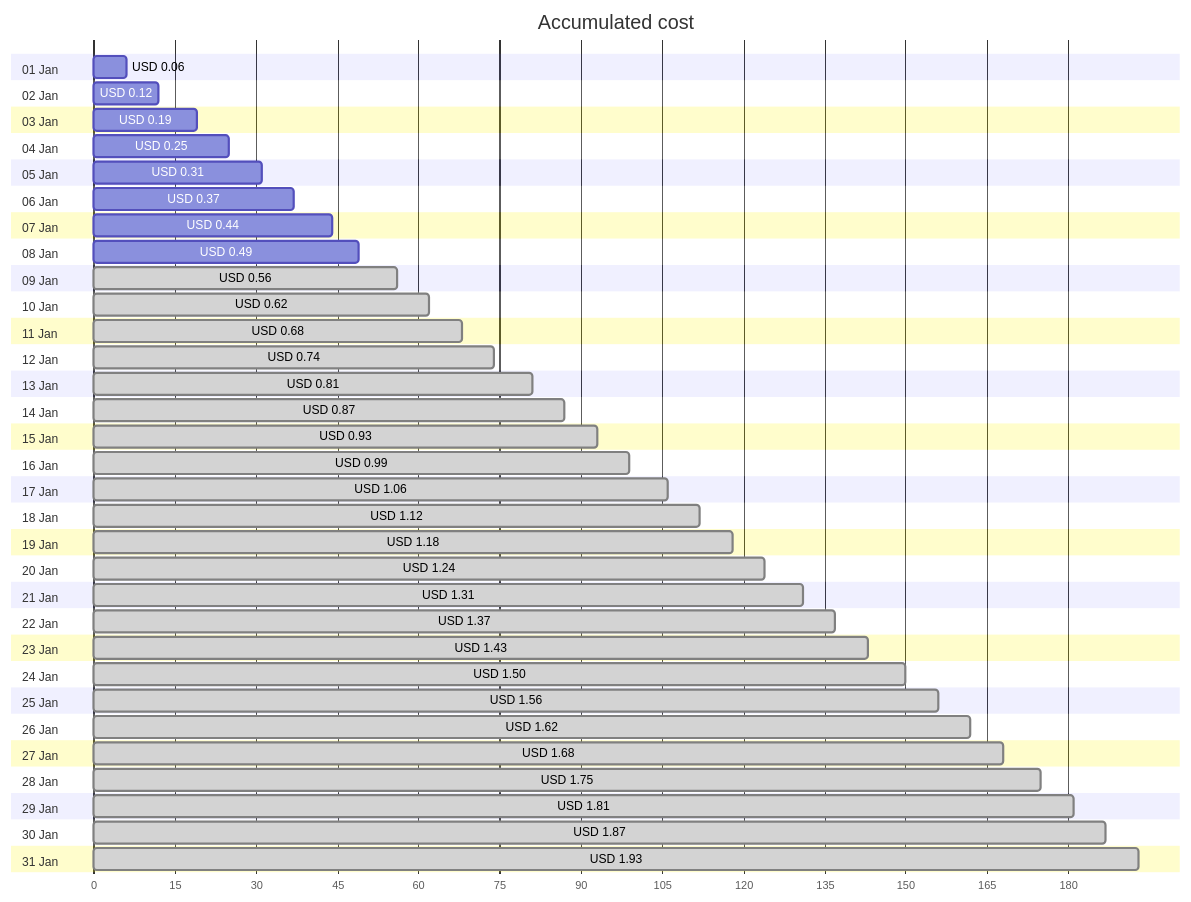
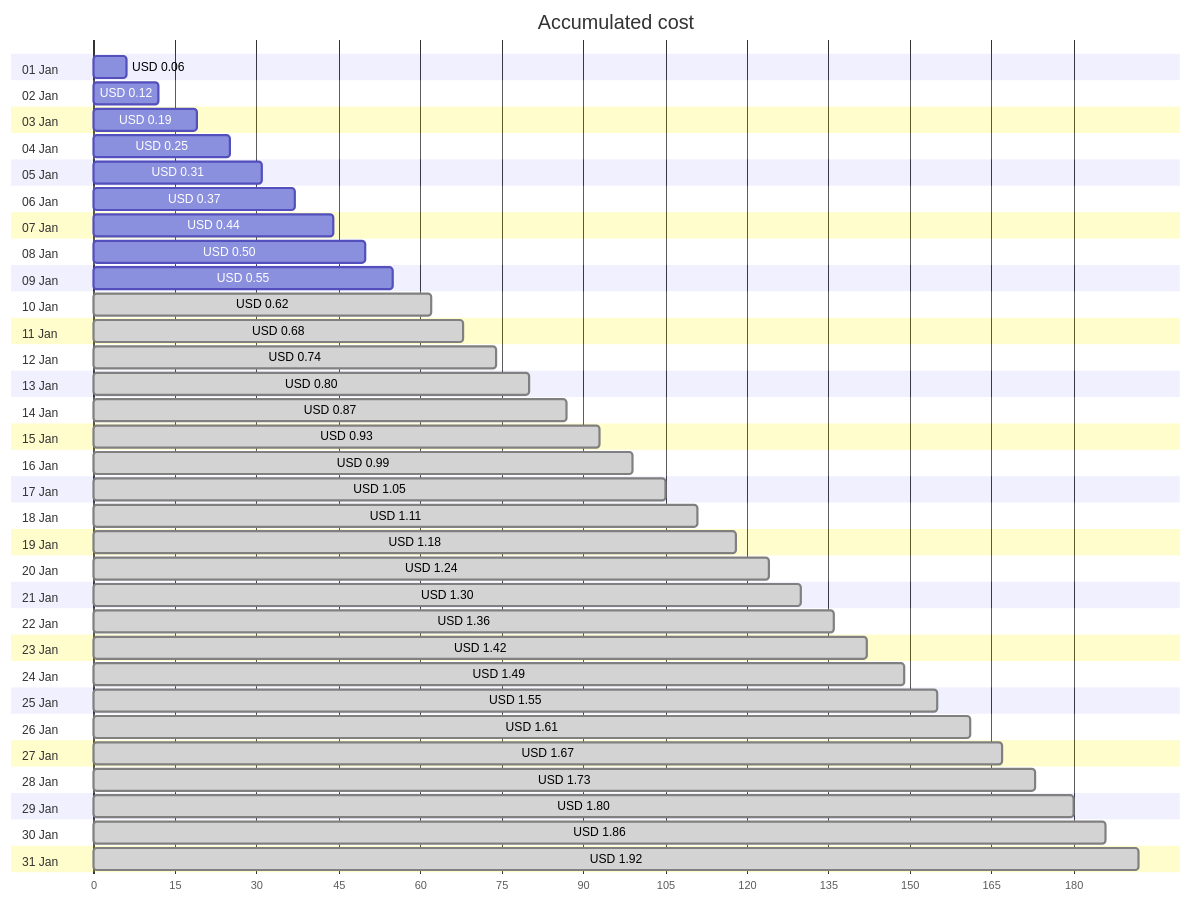
One commit to jpfulton/azure-personal-reports changed the first of 4 diagrams in cost-reports/personal-network/vpn-server_OsDisk.md. Above: the diagram before and after it, drawn with Mermaid. The commit also changed other lines of this file and 8 other files, not shown here.

````diff
--- a/cost-reports/personal-network/vpn-server_OsDisk.md
+++ b/cost-reports/personal-network/vpn-server_OsDisk.md
@@ -20,68 +20,68 @@
 ```mermaid
 gantt
    title Accumulated cost
    dateFormat  X
    axisFormat %s
    section 01 Jan
    USD 0.06 :0, 6
    section 02 Jan
    USD 0.12 :0, 12
    section 03 Jan
    USD 0.19 :0, 19
    section 04 Jan
    USD 0.25 :0, 25
    section 05 Jan
    USD 0.31 :0, 31
    section 06 Jan
    USD 0.37 :0, 37
    section 07 Jan
    USD 0.44 :0, 44
    section 08 Jan
-   USD 0.49 :0, 49
+   USD 0.50 :0, 50
    section 09 Jan
-   USD 0.56 : done, 0, 56
+   USD 0.55 :0, 55
    section 10 Jan
    USD 0.62 : done, 0, 62
    section 11 Jan
    USD 0.68 : done, 0, 68
    section 12 Jan
    USD 0.74 : done, 0, 74
    section 13 Jan
-   USD 0.81 : done, 0, 81
+   USD 0.80 : done, 0, 80
    section 14 Jan
    USD 0.87 : done, 0, 87
    section 15 Jan
    USD 0.93 : done, 0, 93
    section 16 Jan
    USD 0.99 : done, 0, 99
    section 17 Jan
-   USD 1.06 : done, 0, 106
+   USD 1.05 : done, 0, 105
    section 18 Jan
-   USD 1.12 : done, 0, 112
+   USD 1.11 : done, 0, 111
    section 19 Jan
    USD 1.18 : done, 0, 118
    section 20 Jan
    USD 1.24 : done, 0, 124
    section 21 Jan
-   USD 1.31 : done, 0, 131
+   USD 1.30 : done, 0, 130
    section 22 Jan
-   USD 1.37 : done, 0, 137
+   USD 1.36 : done, 0, 136
    section 23 Jan
-   USD 1.43 : done, 0, 143
+   USD 1.42 : done, 0, 142
    section 24 Jan
-   USD 1.50 : done, 0, 150
+   USD 1.49 : done, 0, 149
    section 25 Jan
-   USD 1.56 : done, 0, 156
+   USD 1.55 : done, 0, 155
    section 26 Jan
-   USD 1.62 : done, 0, 162
+   USD 1.61 : done, 0, 161
    section 27 Jan
-   USD 1.68 : done, 0, 168
+   USD 1.67 : done, 0, 167
    section 28 Jan
-   USD 1.75 : done, 0, 175
+   USD 1.73 : done, 0, 173
    section 29 Jan
-   USD 1.81 : done, 0, 181
+   USD 1.80 : done, 0, 180
    section 30 Jan
-   USD 1.87 : done, 0, 187
+   USD 1.86 : done, 0, 186
    section 31 Jan
-   USD 1.93 : done, 0, 193
+   USD 1.92 : done, 0, 192
 ```
````
